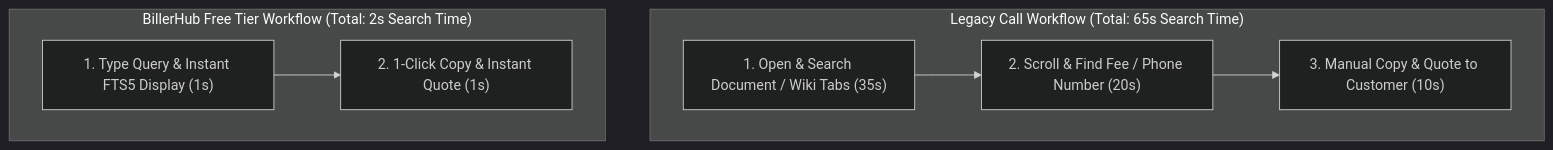
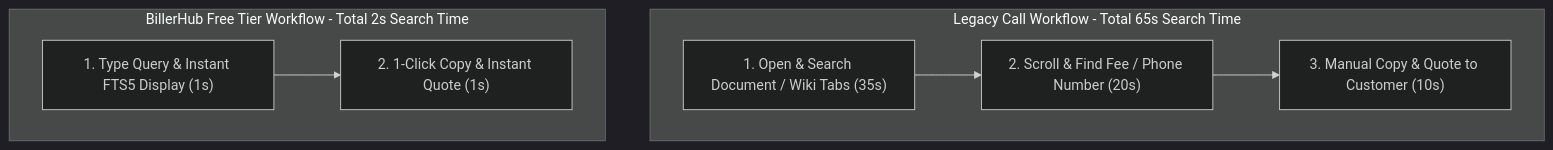
One commit to Harshil8136/chess-game1 changed the sixth of 8 diagrams in synced-docs/cf-admin/documentation/archive/DO NOT SCAN!/CLOUDFLARE_PROD_DEPLOYMENT_PLAN.md. Above: the diagram before and after it, drawn with Mermaid (dark theme). The commit also changed other lines of this file and 4 other files, not shown here.

````diff
--- a/synced-docs/cf-admin/documentation/archive/DO NOT SCAN!/CLOUDFLARE_PROD_DEPLOYMENT_PLAN.md
+++ b/synced-docs/cf-admin/documentation/archive/DO NOT SCAN!/CLOUDFLARE_PROD_DEPLOYMENT_PLAN.md
@@ -233,11 +233,11 @@
 ```mermaid
 flowchart TD
-    subgraph LegacyTime ["Legacy Call Workflow (Total: 65s Search Time)"]
+    subgraph LegacyTime [Legacy Call Workflow - Total 65s Search Time]
         L1["1. Open & Search Document / Wiki Tabs (35s)"] --> L2["2. Scroll & Find Fee / Phone Number (20s)"]
         L2 --> L3["3. Manual Copy & Quote to Customer (10s)"]
     end
 
-    subgraph FastTime ["BillerHub Free Tier Workflow (Total: 2s Search Time)"]
+    subgraph FastTime [BillerHub Free Tier Workflow - Total 2s Search Time]
         F1["1. Type Query & Instant FTS5 Display (1s)"] --> F2["2. 1-Click Copy & Instant Quote (1s)"]
     end
 ```
````
